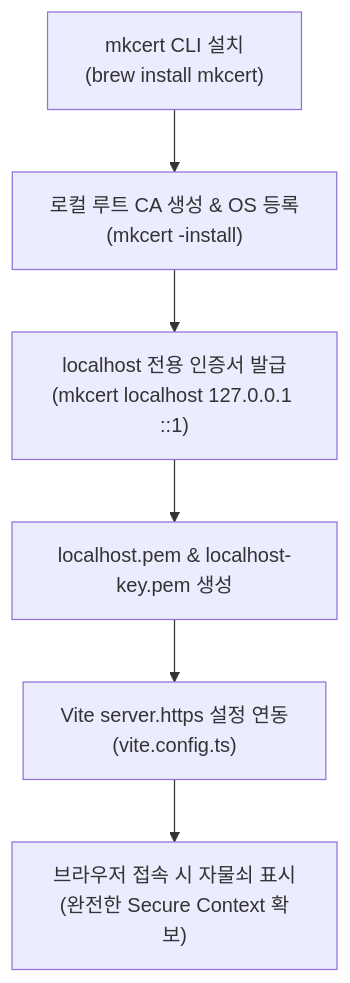
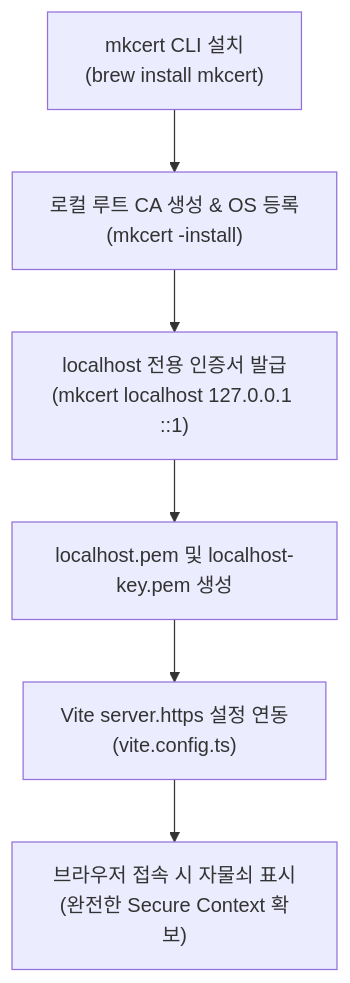
The first of 2 diagrams in _posts/Vite/2026-08-31-vite-local-https-mkcert-setup.md (cmsong111/blog), drawn with Mermaid before and after one commit. The commit also changed other lines of this file and 96 other files, not shown here.

````diff
--- a/_posts/Vite/2026-08-31-vite-local-https-mkcert-setup.md
+++ b/_posts/Vite/2026-08-31-vite-local-https-mkcert-setup.md
@@ -50,8 +50,8 @@
 ```mermaid
 flowchart TD
     A["mkcert CLI 설치<br/>(brew install mkcert)"] --> B["로컬 루트 CA 생성 & OS 등록<br/>(mkcert -install)"]
     B --> C["localhost 전용 인증서 발급<br/>(mkcert localhost 127.0.0.1 ::1)"]
-    C --> D["localhost.pem & localhost-key.pem 생성"]
+    C --> D["localhost.pem 및 localhost-key.pem 생성"]
     D --> E["Vite server.https 설정 연동<br/>(vite.config.ts)"]
     E --> F["브라우저 접속 시 자물쇠 표시<br/>(완전한 Secure Context 확보)"]
 ```
````
